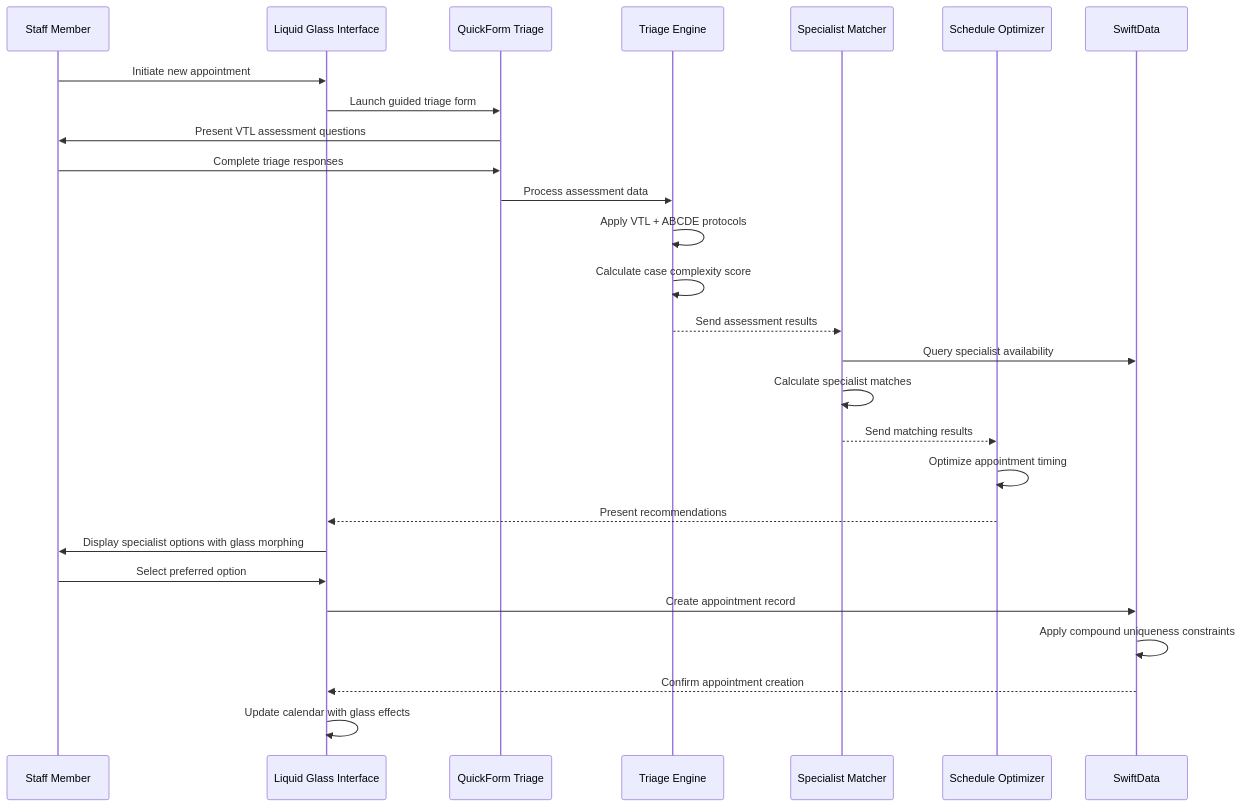
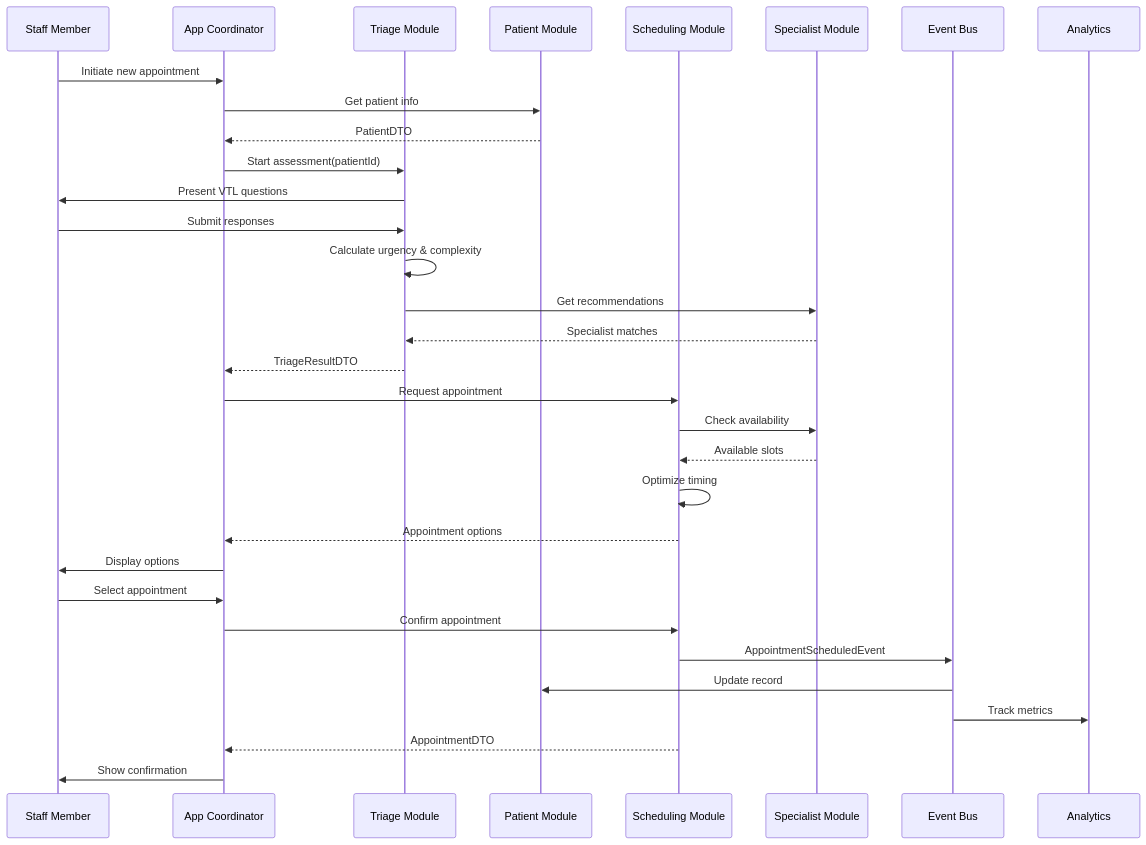
One commit to Moroverse/VetNet changed the third of 4 diagrams in docs/architecture.md. Above: the diagram before and after it, drawn with Mermaid. The commit also changed other lines of this file and 1 other file, not shown here.

````diff
--- a/docs/architecture.md
+++ b/docs/architecture.md
@@ -533,30 +1022,34 @@
 ```mermaid
 sequenceDiagram
-    participant S as Staff Member
-    participant UI as Liquid Glass Interface
-    participant QF as QuickForm Triage
-    participant TE as Triage Engine
-    participant SM as Specialist Matcher
-    participant SO as Schedule Optimizer
-    participant SD as SwiftData
+    participant Staff as Staff Member
+    participant App as App Coordinator
+    participant Triage as Triage Module
+    participant Patient as Patient Module
+    participant Schedule as Scheduling Module
+    participant Specialist as Specialist Module
+    participant Event as Event Bus
     
-    S->>UI: Initiate new appointment
-    UI->>QF: Launch guided triage form
-    QF->>S: Present VTL assessment questions
-    S->>QF: Complete triage responses
-    QF->>TE: Process assessment data
-    TE->>TE: Apply VTL + ABCDE protocols
-    TE->>TE: Calculate case complexity score
-    TE-->>SM: Send assessment results
-    SM->>SD: Query specialist availability
-    SM->>SM: Calculate specialist matches
-    SM-->>SO: Send matching results
-    SO->>SO: Optimize appointment timing
-    SO-->>UI: Present recommendations
-    UI->>S: Display specialist options with glass morphing
-    S->>UI: Select preferred option
-    UI->>SD: Create appointment record
-    SD->>SD: Apply compound uniqueness constraints
-    SD-->>UI: Confirm appointment creation
-    UI->>UI: Update calendar with glass effects
+    Staff->>App: Initiate new appointment
+    App->>Patient: Get patient info
+    Patient-->>App: PatientDTO
+    App->>Triage: Start assessment(patientId)
+    Triage->>Staff: Present VTL questions
+    Staff->>Triage: Submit responses
+    Triage->>Triage: Calculate urgency & complexity
+    Triage->>Specialist: Get recommendations
+    Specialist-->>Triage: Specialist matches
+    Triage-->>App: TriageResultDTO
+    App->>Schedule: Request appointment
+    Schedule->>Specialist: Check availability
+    Specialist-->>Schedule: Available slots
+    Schedule->>Schedule: Optimize timing
+    Schedule-->>App: Appointment options
+    App->>Staff: Display options
+    Staff->>App: Select appointment
+    App->>Schedule: Confirm appointment
+    Schedule->>Event: AppointmentScheduledEvent
+    Event->>Patient: Update record
+    Event->>Analytics: Track metrics
+    Schedule-->>App: AppointmentDTO
+    App->>Staff: Show confirmation
 ```
````
